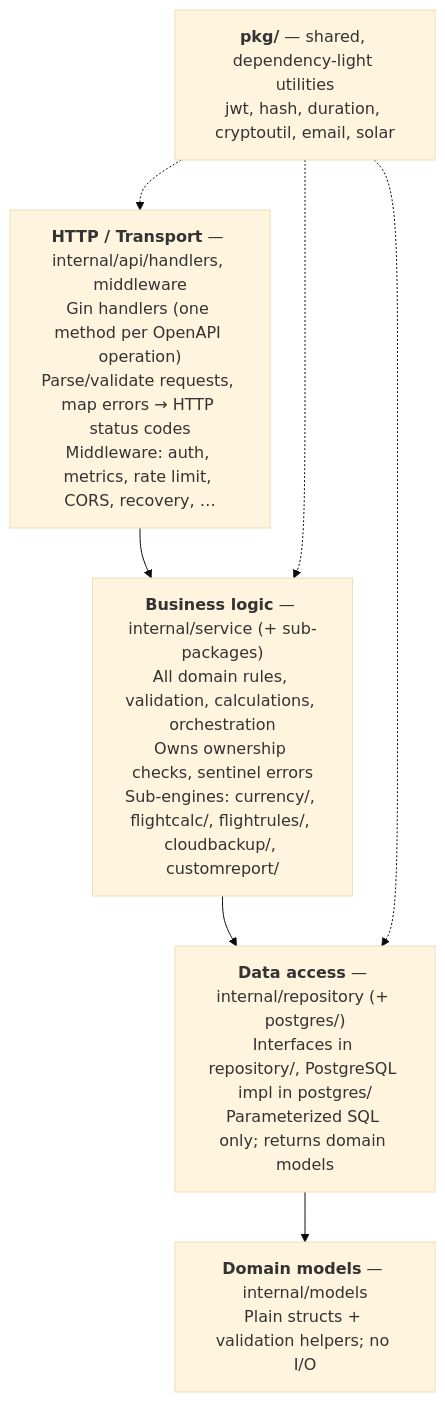
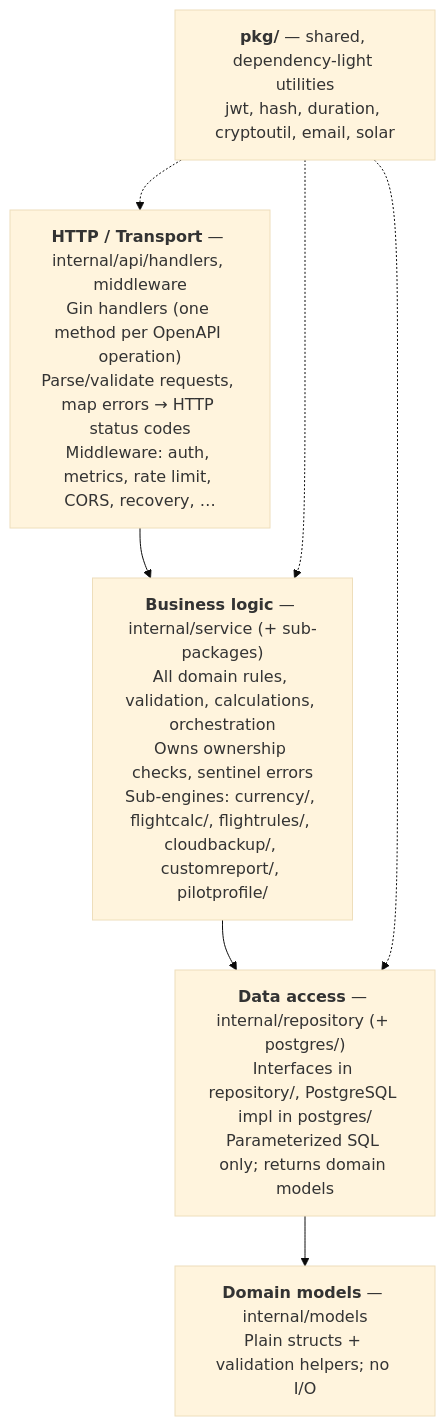
Before and after one commit to fjaeckel/ninerlog-api: the first of 3 diagrams in docs/ARCHITECTURE.md, drawn with Mermaid (base theme). The commit also changed other lines of this file and 46 other files, not shown here.

````diff
--- a/docs/ARCHITECTURE.md
+++ b/docs/ARCHITECTURE.md
@@ -13,13 +13,13 @@
 ```mermaid
 flowchart TD
     H["<b>HTTP / Transport</b> — internal/api/handlers, middleware<br/>Gin handlers (one method per OpenAPI operation)<br/>Parse/validate requests, map errors → HTTP status codes<br/>Middleware: auth, metrics, rate limit, CORS, recovery, …"]
-    S["<b>Business logic</b> — internal/service (+ sub-packages)<br/>All domain rules, validation, calculations, orchestration<br/>Owns ownership checks, sentinel errors<br/>Sub-engines: currency/, flightcalc/, flightrules/, cloudbackup/, customreport/"]
+    S["<b>Business logic</b> — internal/service (+ sub-packages)<br/>All domain rules, validation, calculations, orchestration<br/>Owns ownership checks, sentinel errors<br/>Sub-engines: currency/, flightcalc/, flightrules/, cloudbackup/, customreport/, pilotprofile/"]
     R["<b>Data access</b> — internal/repository (+ postgres/)<br/>Interfaces in repository/, PostgreSQL impl in postgres/<br/>Parameterized SQL only; returns domain models"]
     M["<b>Domain models</b> — internal/models<br/>Plain structs + validation helpers; no I/O"]
     P["<b>pkg/</b> — shared, dependency-light utilities<br/>jwt, hash, duration, cryptoutil, email, solar"]
 
     H --> S --> R --> M
     P -.-> H
     P -.-> S
     P -.-> R
 ```
````
